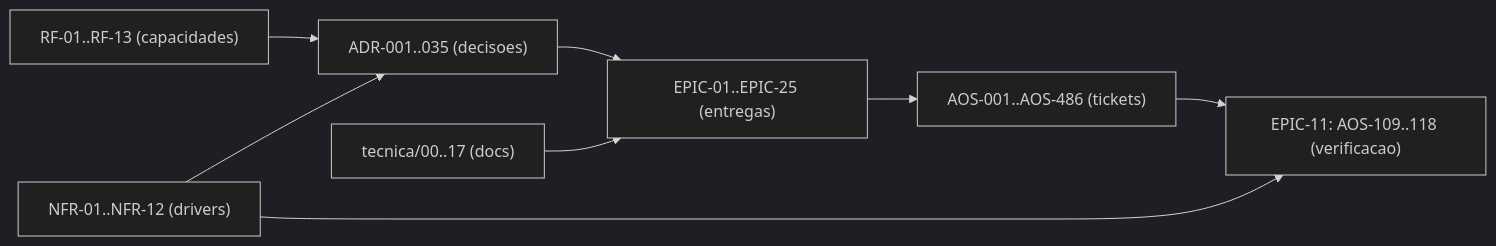
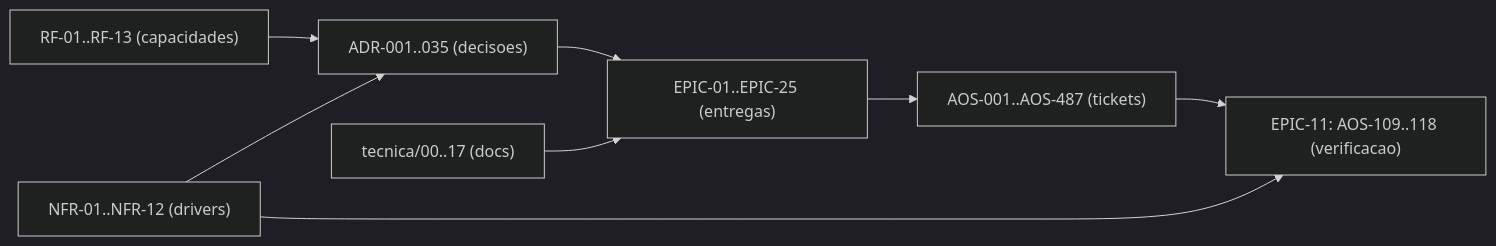
The diagram in tecnica/16_Rastreabilidade_RTM.md (albinoJimy/aos), drawn with Mermaid (dark theme) before and after one commit. The commit also changed other lines of this file and 4 other files, not shown here.

````diff
--- a/tecnica/16_Rastreabilidade_RTM.md
+++ b/tecnica/16_Rastreabilidade_RTM.md
@@ -202,10 +202,10 @@
 ```mermaid
 flowchart LR
     RF["RF-01..RF-13 (capacidades)"] --> ADR["ADR-001..035 (decisoes)"]
     NFR["NFR-01..NFR-12 (drivers)"] --> ADR
     ADR --> EPIC["EPIC-01..EPIC-25 (entregas)"]
-    EPIC --> TICK["AOS-001..AOS-486 (tickets)"]
+    EPIC --> TICK["AOS-001..AOS-487 (tickets)"]
     DOC["tecnica/00..17 (docs)"] --> EPIC
     TICK --> TEST["EPIC-11: AOS-109..118 (verificacao)"]
     NFR --> TEST
 ```
````
